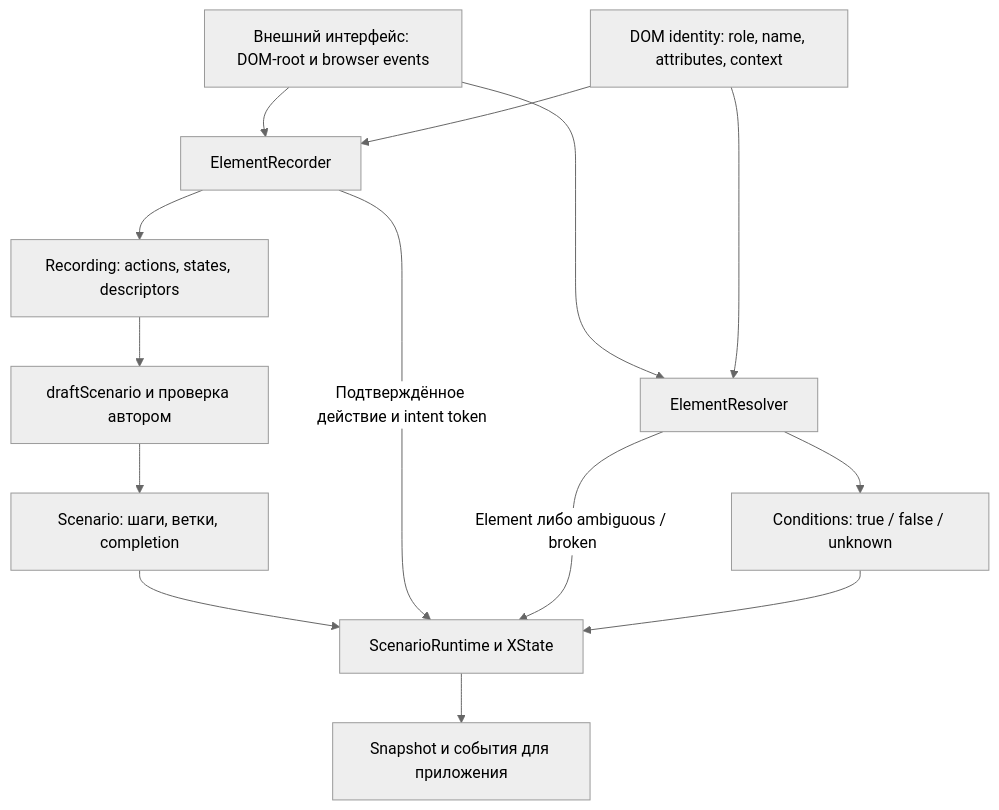
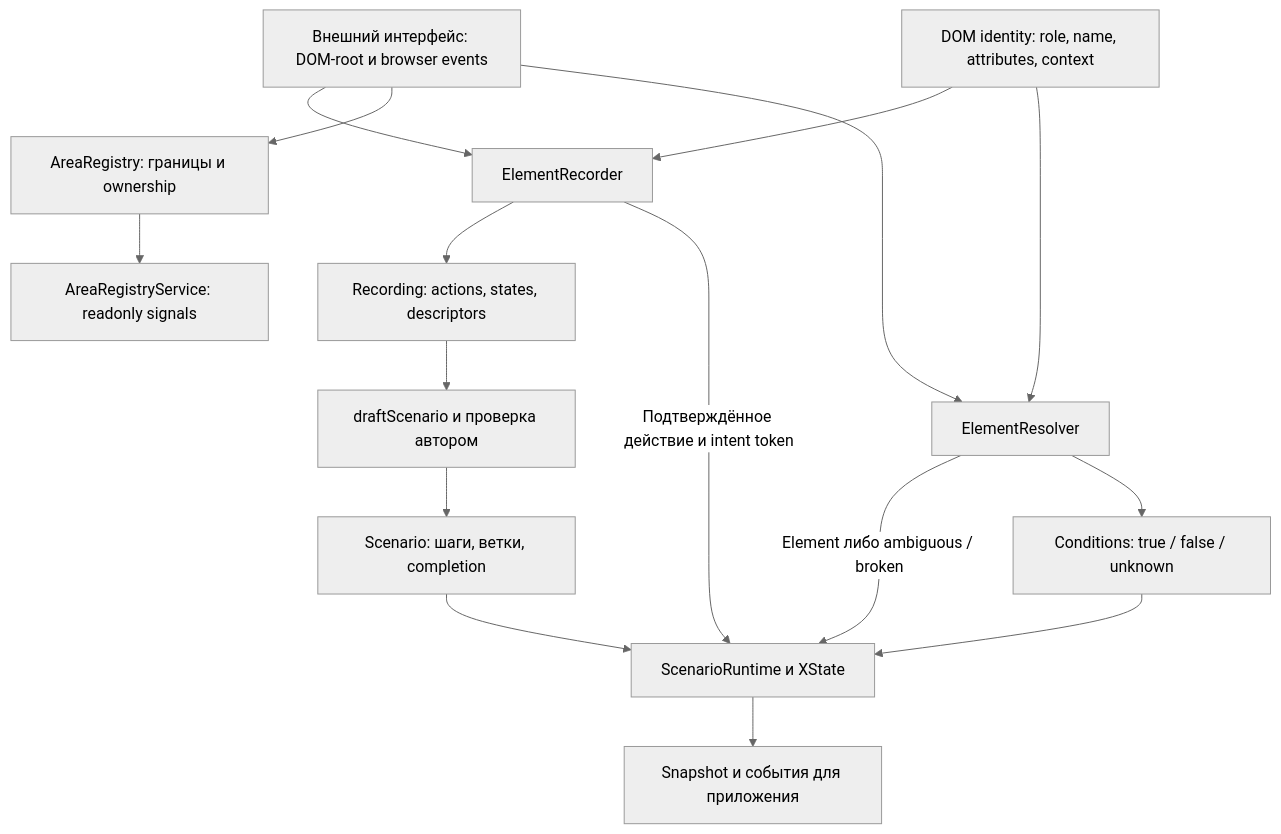
Before and after one commit to a1rat91/training-observer: the diagram in ARCHITECTURE.md, drawn with Mermaid (neutral theme). The commit also changed other lines of this file and 16 other files, not shown here.

Commit message:
feat(element-spike): add area registry and Angular lifecycle facade

````diff
--- a/ARCHITECTURE.md
+++ b/ARCHITECTURE.md
@@ -77,16 +77,18 @@
 ```mermaid
 flowchart TD
     Host[Внешний интерфейс: DOM-root и browser events] --> Recorder[ElementRecorder]
     Identity[DOM identity: role, name, attributes, context] --> Recorder
     Recorder --> Recording[Recording: actions, states, descriptors]
     Recording --> Authoring[draftScenario и проверка автором]
     Authoring --> Scenario[Scenario: шаги, ветки, completion]
     Scenario --> Runtime[ScenarioRuntime и XState]
     Recorder -->|Подтверждённое действие и intent token| Runtime
+    Host --> Registry[AreaRegistry: границы и ownership]
+    Registry --> Facade[AreaRegistryService: readonly signals]
     Host --> Resolver[ElementResolver]
     Identity --> Resolver
     Resolver -->|Element либо ambiguous / broken| Runtime
     Resolver --> Conditions[Conditions: true / false / unknown]
     Conditions --> Runtime
     Runtime --> Snapshot[Snapshot и события для приложения]
 ```
````
